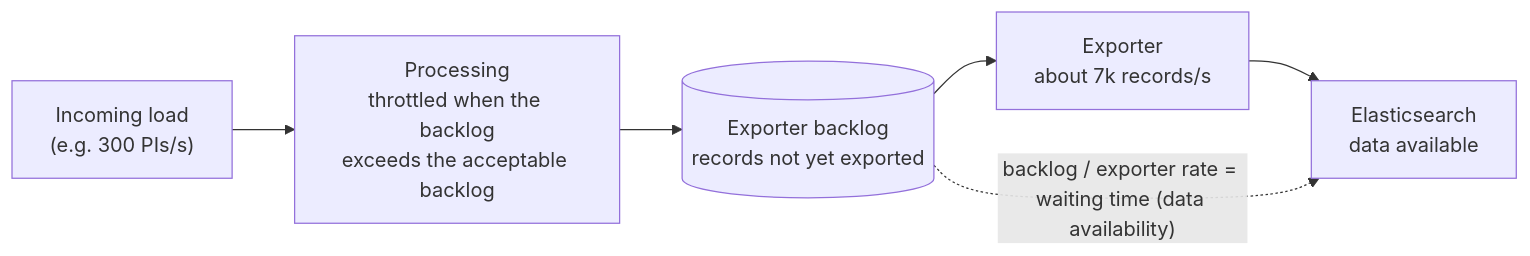
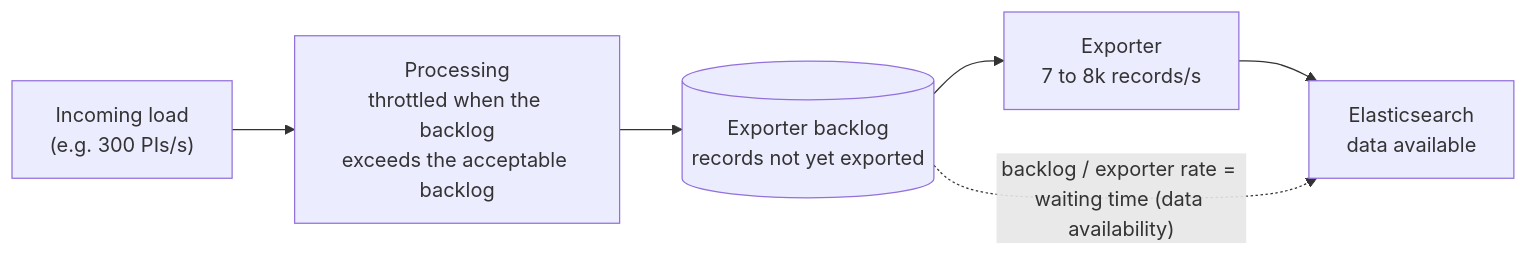
Before and after one commit to zeebe-io/zeebe-chaos: the diagram in chaos-days/blog/2026-10-15-Experiment-with-flow-control/index.md, drawn with Mermaid. The commit also changed other lines of this file, not shown here.

First line of the commit message:
blog: correct the 5k explanation, the per partition backlog and the exporter rate range

````diff
--- a/chaos-days/blog/2026-10-15-Experiment-with-flow-control/index.md
+++ b/chaos-days/blog/2026-10-15-Experiment-with-flow-control/index.md
@@ -26,8 +26,8 @@
 ```mermaid
 flowchart LR
     A["Incoming load<br/>(e.g. 300 PIs/s)"] --> B["Processing<br/>throttled when the backlog<br/>exceeds the acceptable backlog"]
     B --> C[("Exporter backlog<br/>records not yet exported")]
-    C --> D["Exporter<br/>about 7k records/s"]
+    C --> D["Exporter<br/>7 to 8k records/s"]
     D --> E["Elasticsearch<br/>data available"]
     C -. "backlog / exporter rate = waiting time (data availability)" .-> E
 ```
````
